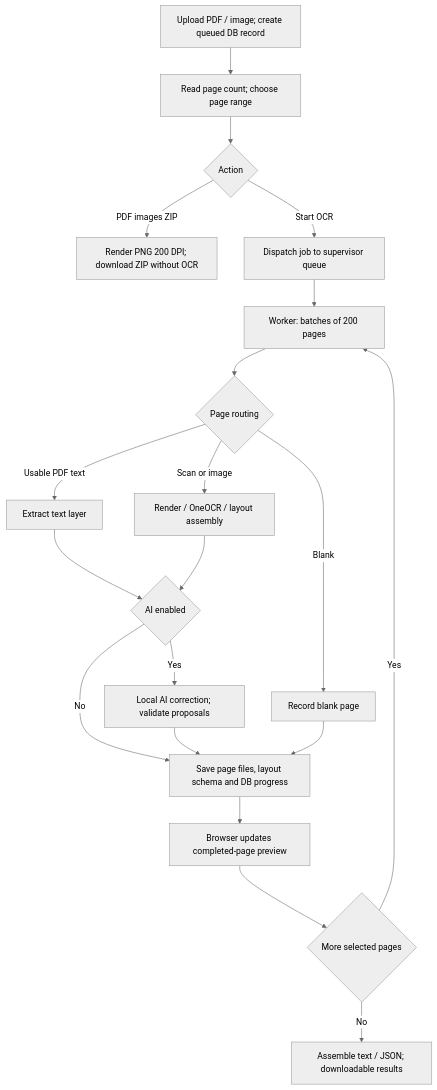
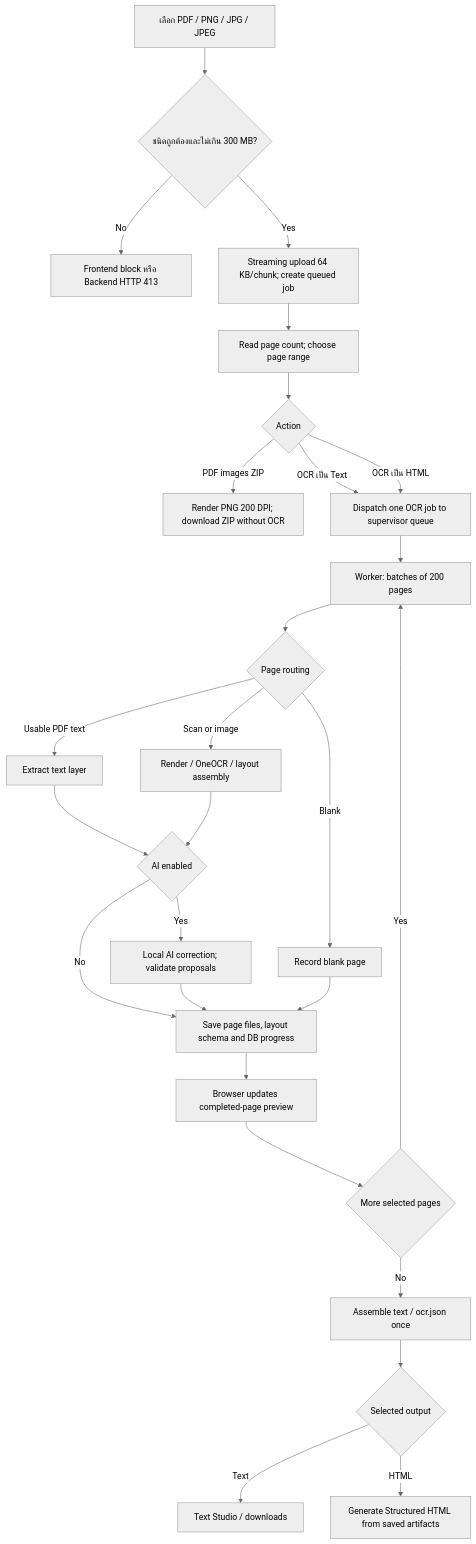
One commit to anuwatm/pdf-ocr-studio changed the second of 10 diagrams in readme.md. Above: the diagram before and after it, drawn with Mermaid (neutral theme). The commit also changed other lines of this file and 18 other files, not shown here.

Commit message:
feat: enhance EPUB cover selection, 300MB uploads, structured OCR, and update docs

````diff
--- a/readme.md
+++ b/readme.md
@@ -165,22 +171,29 @@
 ```mermaid
 flowchart TD
-    Upload["Upload PDF / image; create queued DB record"] --> Count["Read page count; choose page range"]
+    Upload["เลือก PDF / PNG / JPG / JPEG"] --> Limit{"ชนิดถูกต้องและไม่เกิน 300 MB?"}
+    Limit -->|No| Reject["Frontend block หรือ Backend HTTP 413"]
+    Limit -->|Yes| Stream["Streaming upload 64 KB/chunk; create queued job"]
+    Stream --> Count["Read page count; choose page range"]
     Count --> Choice{"Action"}
     Choice -->|PDF images ZIP| Images["Render PNG 200 DPI; download ZIP without OCR"]
-    Choice -->|Start OCR| Queue["Dispatch job to supervisor queue"]
+    Choice -->|OCR เป็น Text| Queue["Dispatch one OCR job to supervisor queue"]
+    Choice -->|OCR เป็น HTML| Queue
     Queue --> Batch["Worker: batches of 200 pages"]
     Batch --> Page{"Page routing"}
     Page -->|Blank| Blank["Record blank page"]
     Page -->|Usable PDF text| Text["Extract text layer"]
     Page -->|Scan or image| OCR["Render / OneOCR / layout assembly"]
     Text --> Mode{"AI enabled"}
     OCR --> Mode
     Mode -->|Yes| AI["Local AI correction; validate proposals"]
     Mode -->|No| Save["Save page files, layout schema and DB progress"]
     AI --> Save
     Blank --> Save
     Save --> Preview["Browser updates completed-page preview"]
     Preview --> More{"More selected pages"}
     More -->|Yes| Batch
-    More -->|No| Final["Assemble text / JSON; downloadable results"]
+    More -->|No| Final["Assemble text / ocr.json once"]
+    Final --> Output{"Selected output"}
+    Output -->|Text| TextOut["Text Studio / downloads"]
+    Output -->|HTML| StructuredOut["Generate Structured HTML from saved artifacts"]
 ```
````
